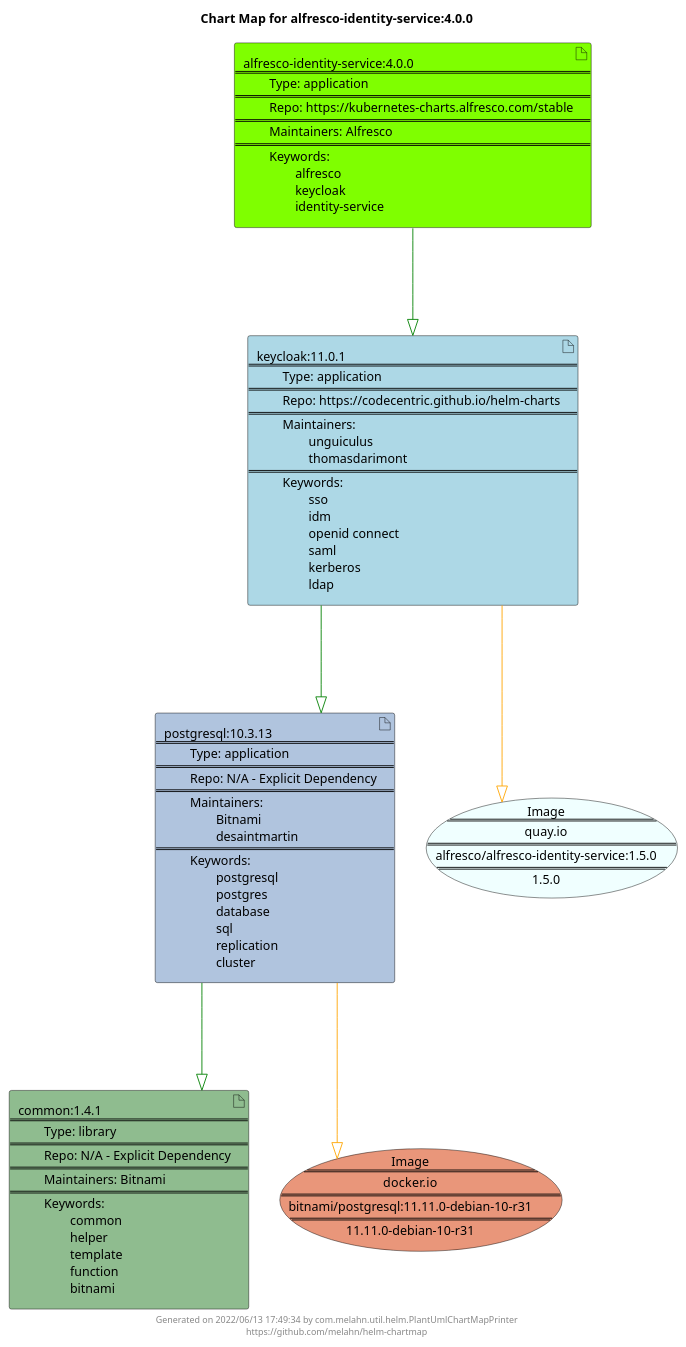
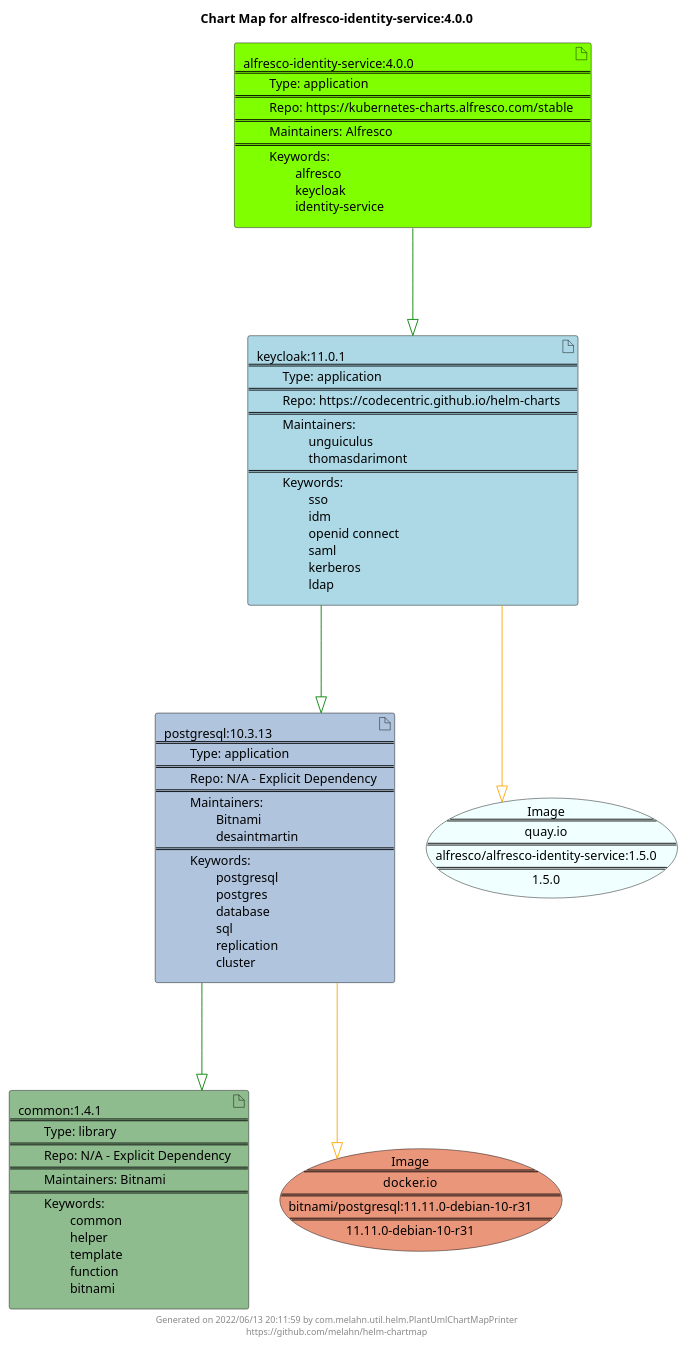
The diagram in docs/alfresco-identity-service/alfresco-identity-service-4.0.0.puml (melahn/helm-chartmap), drawn with PlantUML before and after one commit. The commit also changed 59 other files, not shown here.

Commit message:
Update Example Chart Maps as part of GitHub build

```diff
--- a/docs/alfresco-identity-service/alfresco-identity-service-4.0.0.puml
+++ b/docs/alfresco-identity-service/alfresco-identity-service-4.0.0.puml
@@ -1,29 +1,29 @@
 @startuml
 skinparam linetype ortho
 skinparam backgroundColor white
 skinparam usecaseBorderColor black
 skinparam usecaseArrowColor LightSlateGray
 skinparam artifactBorderColor black
 skinparam artifactArrowColor LightSlateGray
 
 title Chart Map for alfresco-identity-service:4.0.0
 
 'There are 4 referenced Helm Charts
 artifact "common:1.4.1\n====\n\tType: library\n====\n\tRepo: N/A - Explicit Dependency\n====\n\tMaintainers: Bitnami\n====\n\tKeywords: \n\t\tcommon\n\t\thelper\n\t\ttemplate\n\t\tfunction\n\t\tbitnami" as common_1_4_1 #DarkSeaGreen
 artifact "alfresco-identity-service:4.0.0\n====\n\tType: application\n====\n\tRepo: https://kubernetes-charts.alfresco.com/stable\n====\n\tMaintainers: Alfresco\n====\n\tKeywords: \n\t\talfresco\n\t\tkeycloak\n\t\tidentity-service" as alfresco_identity_service_4_0_0 #Chartreuse
 artifact "postgresql:10.3.13\n====\n\tType: application\n====\n\tRepo: N/A - Explicit Dependency\n====\n\tMaintainers: \n\t\tBitnami\n\t\tdesaintmartin\n====\n\tKeywords: \n\t\tpostgresql\n\t\tpostgres\n\t\tdatabase\n\t\tsql\n\t\treplication\n\t\tcluster" as postgresql_10_3_13 #LightSteelBlue
 artifact "keycloak:11.0.1\n====\n\tType: application\n====\n\tRepo: https://codecentric.github.io/helm-charts\n====\n\tMaintainers: \n\t\tunguiculus\n\t\tthomasdarimont\n====\n\tKeywords: \n\t\tsso\n\t\tidm\n\t\topenid connect\n\t\tsaml\n\t\tkerberos\n\t\tldap" as keycloak_11_0_1 #LightBlue
 
 'There are 2 referenced Docker Images
 usecase "Image\n====\nquay.io\n====\nalfresco/alfresco-identity-service:1.5.0\n====\n1.5.0" as quay_io_alfresco_alfresco_identity_service_1_5_0 #Azure
 usecase "Image\n====\ndocker.io\n====\nbitnami/postgresql:11.11.0-debian-10-r31\n====\n11.11.0-debian-10-r31" as docker_io_bitnami_postgresql_11_11_0_debian_10_r31 #DarkSalmon
 
 'Chart Dependencies
 alfresco_identity_service_4_0_0--[#green]-|>keycloak_11_0_1
 keycloak_11_0_1--[#green]-|>postgresql_10_3_13
 postgresql_10_3_13--[#green]-|>common_1_4_1
 postgresql_10_3_13--[#orange]-|>docker_io_bitnami_postgresql_11_11_0_debian_10_r31
 keycloak_11_0_1--[#orange]-|>quay_io_alfresco_alfresco_identity_service_1_5_0
 
-center footer Generated on 2022/06/13 17:49:34 by com.melahn.util.helm.PlantUmlChartMapPrinter\nhttps://github.com/melahn/helm-chartmap
+center footer Generated on 2022/06/13 20:11:59 by com.melahn.util.helm.PlantUmlChartMapPrinter\nhttps://github.com/melahn/helm-chartmap
 @enduml
```
